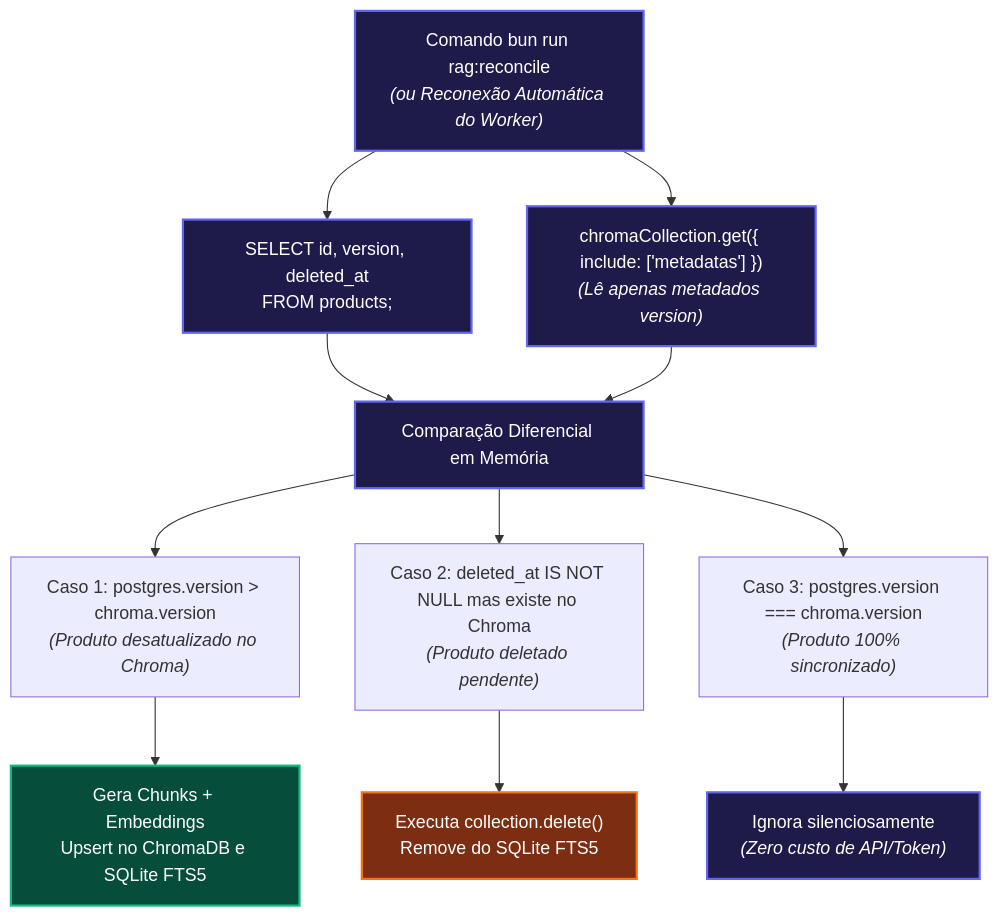
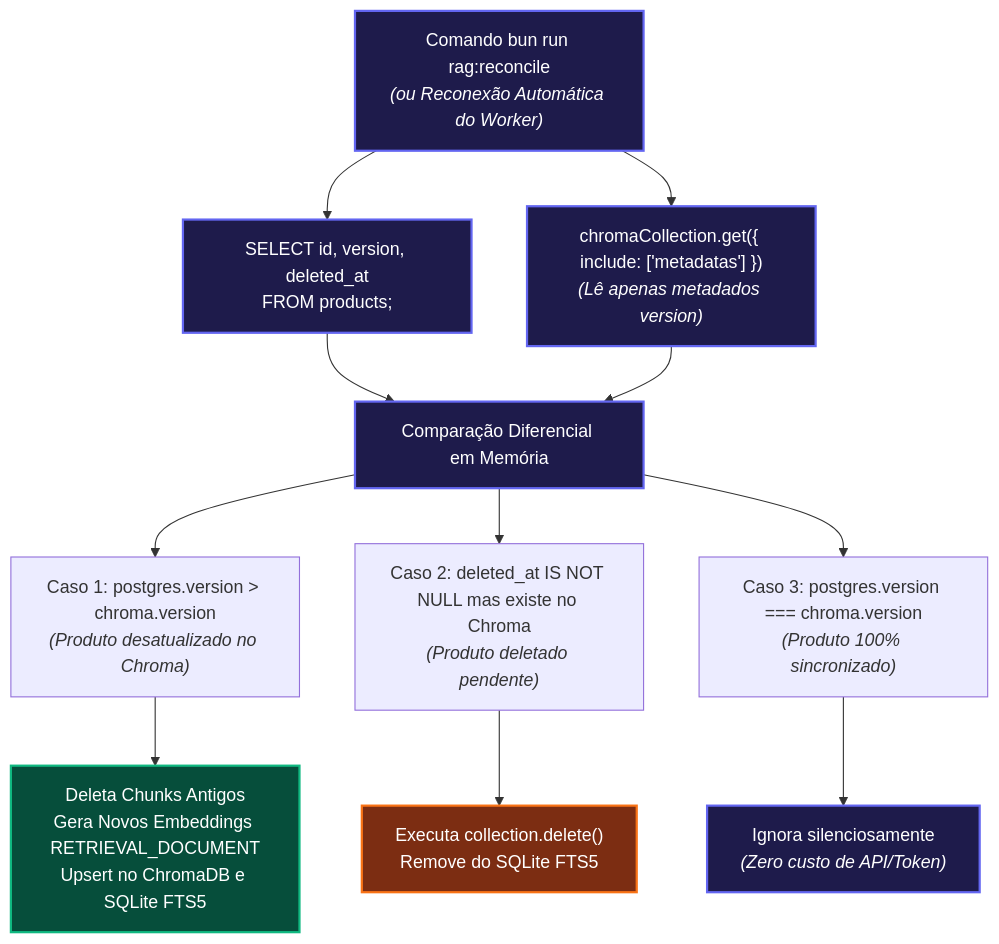
One commit to JoaoPrestes/origem-vinhos changed the fourth of 4 diagrams in docs/specs/spec09-Chatbot_RAG.md. Above: the diagram before and after it, drawn with Mermaid. The commit also changed other lines of this file, not shown here.

````diff
--- a/docs/specs/spec09-Chatbot_RAG.md
+++ b/docs/specs/spec09-Chatbot_RAG.md
@@ -660,35 +741,35 @@
 ```mermaid
 flowchart TD
     START["Comando bun run rag:reconcile<br><i>(ou Reconexão Automática do Worker)</i>"]
     FETCH_PG["SELECT id, version, deleted_at<br>FROM products;"]
     FETCH_CHROMA["chromaCollection.get({ include: ['metadatas'] })<br><i>(Lê apenas metadados version)</i>"]
     DIFF["Comparação Diferencial em Memória"]
     
     C1["Caso 1: postgres.version > chroma.version<br><i>(Produto desatualizado no Chroma)</i>"]
     C2["Caso 2: deleted_at IS NOT NULL mas existe no Chroma<br><i>(Produto deletado pendente)</i>"]
     C3["Caso 3: postgres.version === chroma.version<br><i>(Produto 100% sincronizado)</i>"]
 
-    UP["Gera Chunks + Embeddings<br>Upsert no ChromaDB e SQLite FTS5"]
+    UP["Deleta Chunks Antigos<br>Gera Novos Embeddings RETRIEVAL_DOCUMENT<br>Upsert no ChromaDB e SQLite FTS5"]
     DEL["Executa collection.delete()<br>Remove do SQLite FTS5"]
     SKIP["Ignora silenciosamente<br><i>(Zero custo de API/Token)</i>"]
 
     START --> FETCH_PG
     START --> FETCH_CHROMA
     FETCH_PG --> DIFF
     FETCH_CHROMA --> DIFF
     DIFF --> C1
     DIFF --> C2
     DIFF --> C3
     C1 --> UP
     C2 --> DEL
     C3 --> SKIP
 
     classDef proc fill:#1e1b4b,stroke:#6366f1,stroke-width:2px,color:#ffffff;
     classDef action fill:#064e3b,stroke:#10b981,stroke-width:2px,color:#ffffff;
     classDef warn fill:#7c2d12,stroke:#f97316,stroke-width:2px,color:#ffffff;
 
     class START,FETCH_PG,FETCH_CHROMA,DIFF proc;
     class UP action;
     class DEL warn;
     class SKIP proc;
 ```
````
